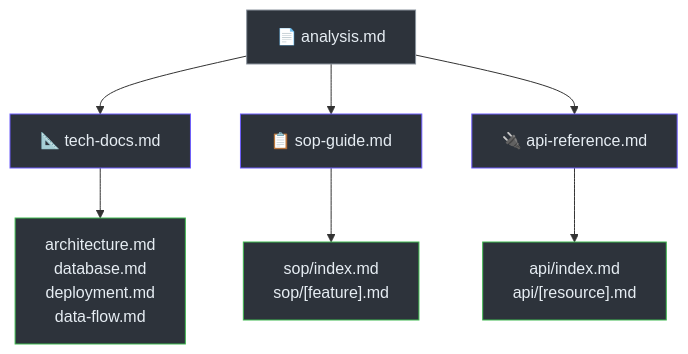
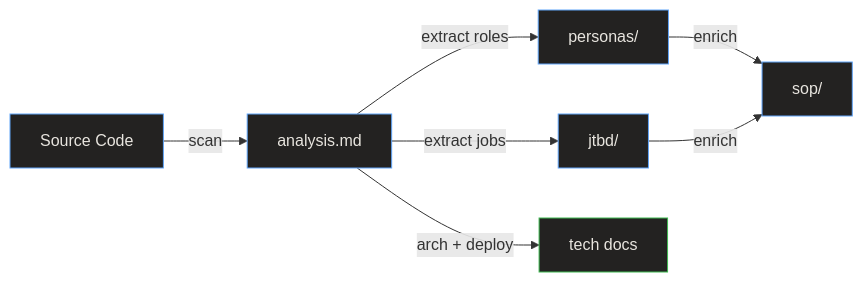
Before and after one commit to relukdev/doc-kit: the second of 3 diagrams in docs/data-flow.md, drawn with Mermaid. The commit also changed other lines of this file and 258 other files, not shown here.

````diff
--- a/docs/data-flow.md
+++ b/docs/data-flow.md
@@ -103,18 +36,16 @@
 ```mermaid
-graph TB
-    style ANALYSIS fill:#2d333b,stroke:#8b949e,color:#e6edf3
-    style TECH fill:#2d333b,stroke:#6d5dfc,color:#e6edf3
-    style SOP fill:#2d333b,stroke:#6d5dfc,color:#e6edf3
-    style API fill:#2d333b,stroke:#6d5dfc,color:#e6edf3
-    style OUT1 fill:#2d333b,stroke:#3fb950,color:#e6edf3
-    style OUT2 fill:#2d333b,stroke:#3fb950,color:#e6edf3
-    style OUT3 fill:#2d333b,stroke:#3fb950,color:#e6edf3
+graph LR
+    style A fill:#232221,stroke:#60A5FA,color:#E8E5DF
+    style B fill:#232221,stroke:#60A5FA,color:#E8E5DF
+    style C fill:#232221,stroke:#60A5FA,color:#E8E5DF
+    style D fill:#232221,stroke:#60A5FA,color:#E8E5DF
+    style E fill:#232221,stroke:#60A5FA,color:#E8E5DF
+    style F fill:#232221,stroke:#3fb950,color:#E8E5DF
 
-    ANALYSIS["📄 analysis.md"] --> TECH["📐 tech-docs.md"]
-    ANALYSIS --> SOP["📋 sop-guide.md"]
-    ANALYSIS --> API["🔌 api-reference.md"]
-
-    TECH --> OUT1["architecture.md<br/>database.md<br/>deployment.md<br/>data-flow.md"]
-    SOP --> OUT2["sop/index.md<br/>sop/[feature].md"]
-    API --> OUT3["api/index.md<br/>api/[resource].md"]
+    A["Source Code"] -->|"scan"| B["analysis.md"]
+    B -->|"extract roles"| C["personas/"]
+    B -->|"extract jobs"| D["jtbd/"]
+    C -->|"enrich"| E["sop/"]
+    D -->|"enrich"| E
+    B -->|"arch + deploy"| F["tech docs"]
 ```
````
